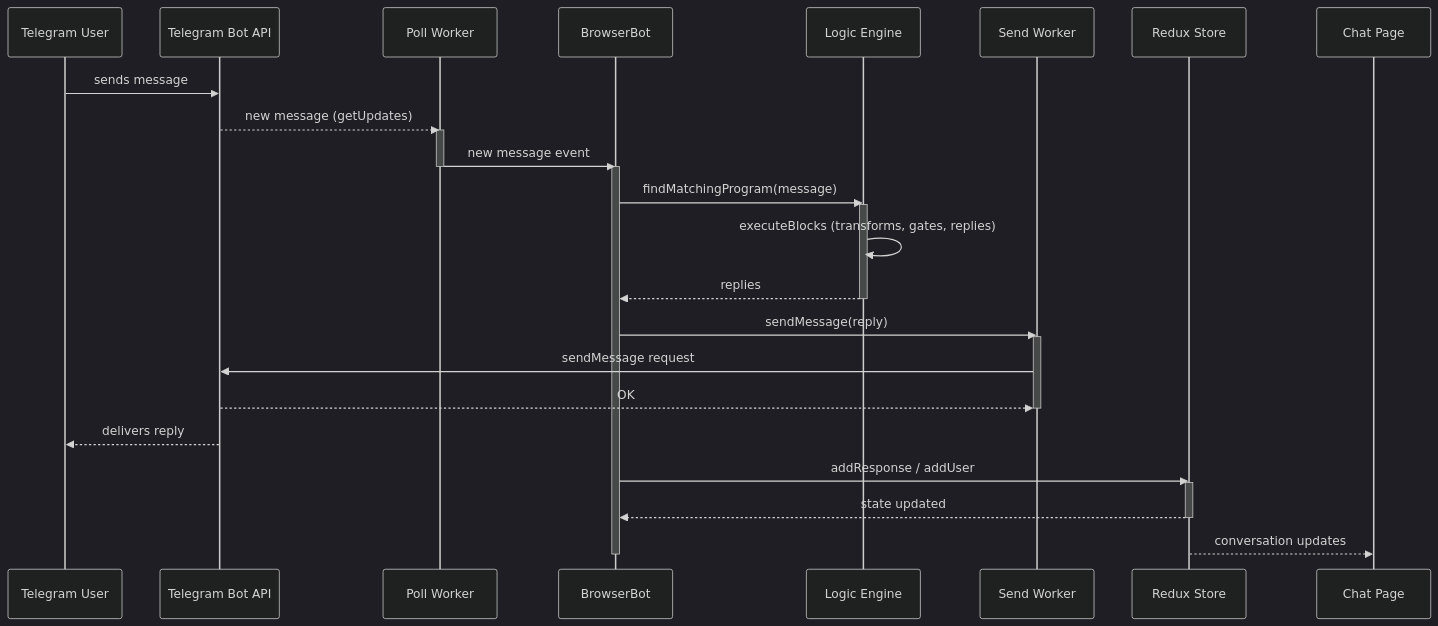
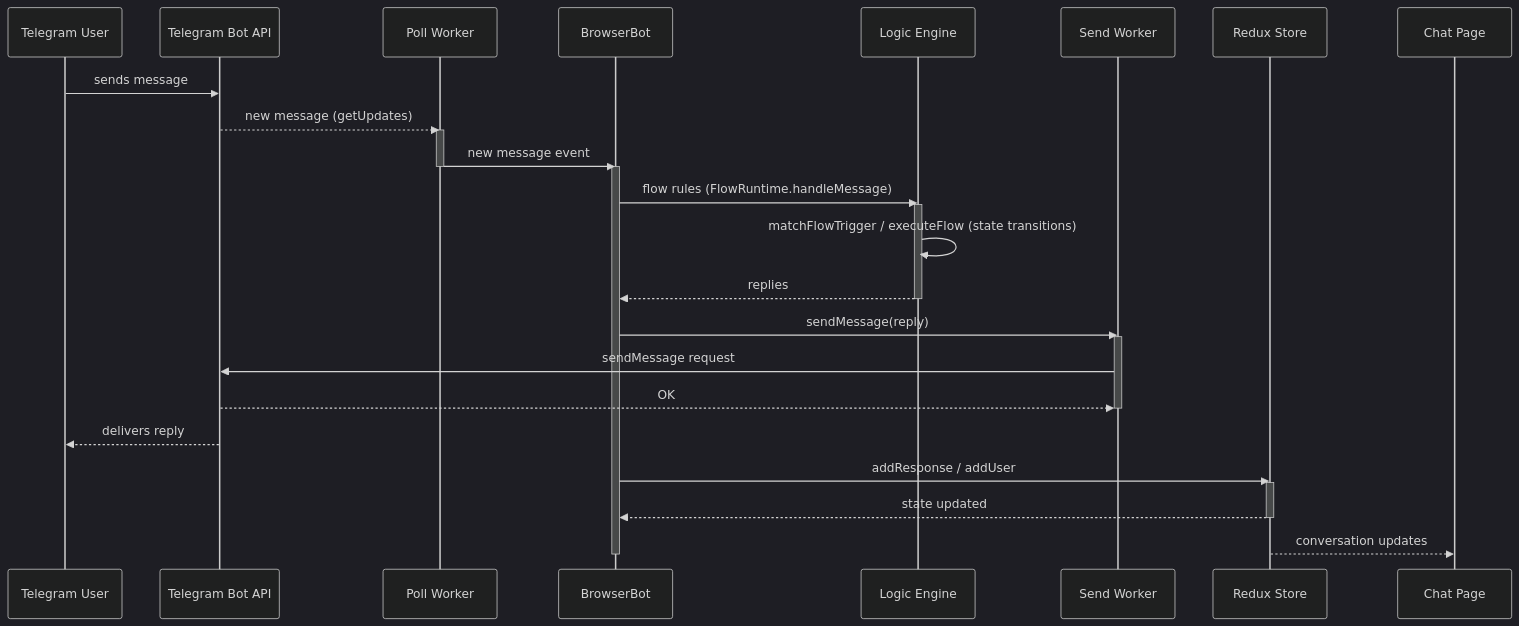
One commit to Jh123x/telegram-bot-on-browser changed the third of 6 diagrams in docs/ARCHITECTURE.md. Above: the diagram before and after it, drawn with Mermaid (dark theme). The commit also changed other lines of this file and 1 other file, not shown here.

First line of the commit message:
docs: update ARCHITECTURE.md and FEATURES.md for flow-only logic

````diff
--- a/docs/ARCHITECTURE.md
+++ b/docs/ARCHITECTURE.md
@@ -115,35 +116,35 @@
 ```mermaid
 sequenceDiagram
   participant U as Telegram User
   participant API as Telegram Bot API
   participant PW as Poll Worker
   participant B as BrowserBot
   participant L as Logic Engine
   participant SW as Send Worker
   participant S as Redux Store
   participant C as Chat Page
 
   U->>API: sends message
   API-->>PW: new message (getUpdates)
   activate PW
   PW->>B: new message event
   deactivate PW
   activate B
-  B->>L: findMatchingProgram(message)
+  B->>L: flow rules (FlowRuntime.handleMessage)
   activate L
-  L->>L: executeBlocks (transforms, gates, replies)
+  L->>L: matchFlowTrigger / executeFlow (state transitions)
   L-->>B: replies
   deactivate L
   B->>SW: sendMessage(reply)
   activate SW
   SW->>API: sendMessage request
   API-->>SW: OK
   deactivate SW
   API-->>U: delivers reply
   B->>S: addResponse / addUser
   activate S
   S-->>B: state updated
   deactivate S
   S-->>C: conversation updates
   deactivate B
 ```
````
